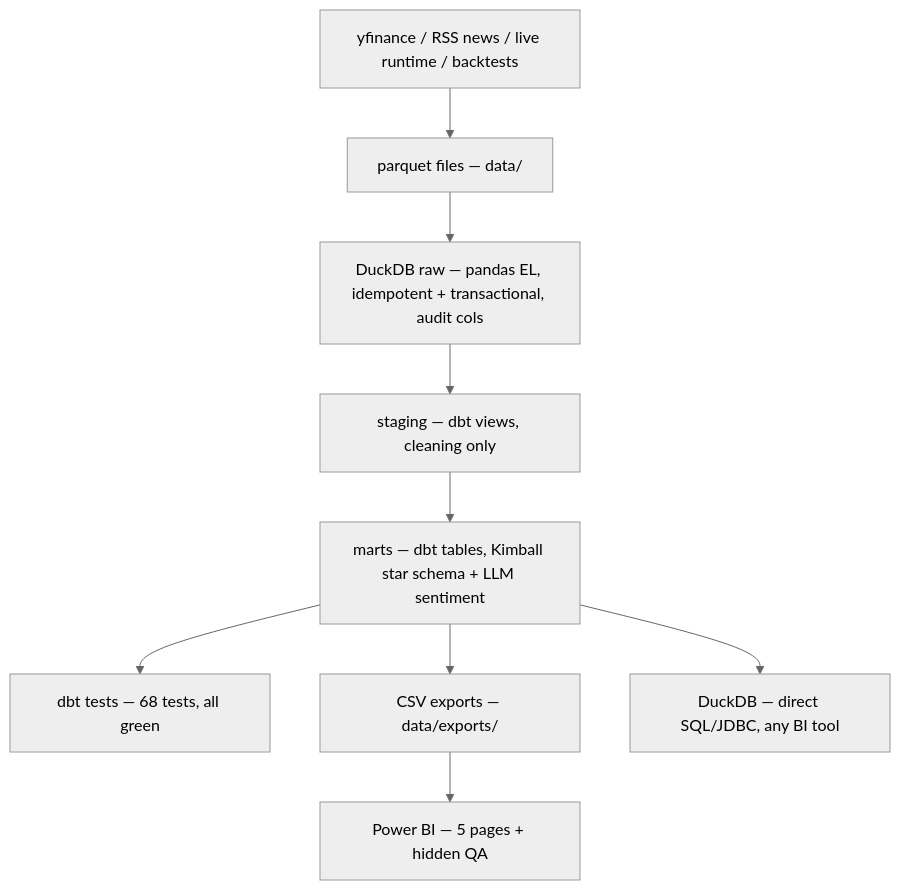
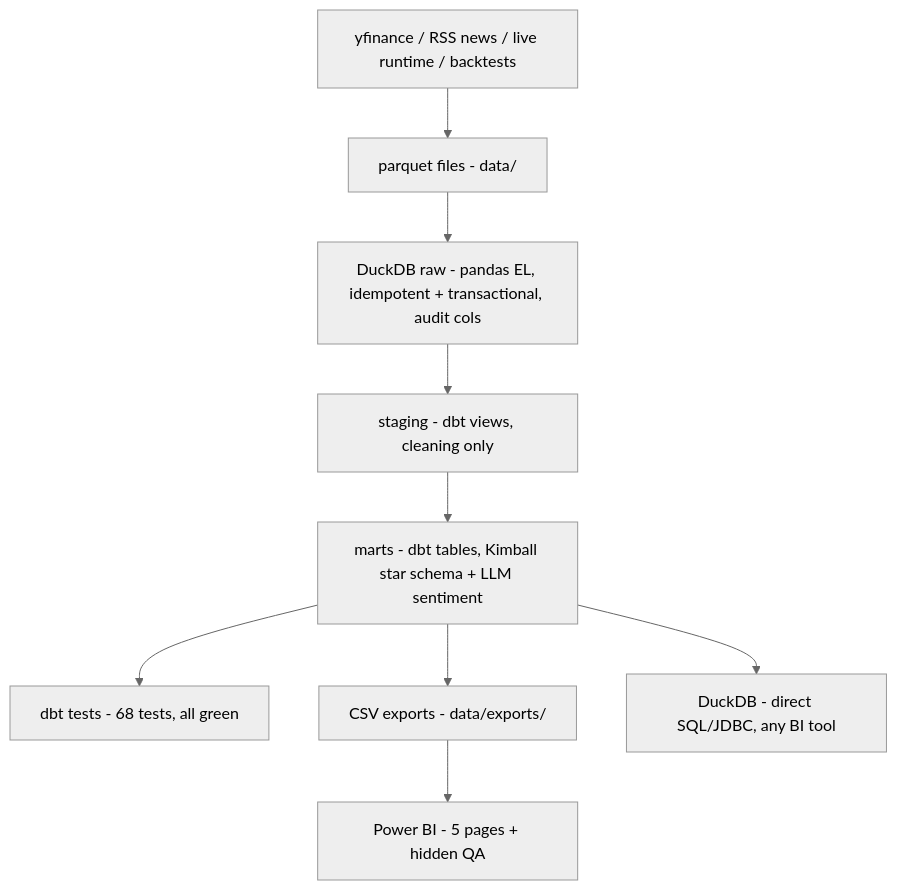
Before and after one commit to C0k11/stock-share-Helper: the sixth of 6 diagrams in README.md, drawn with Mermaid (neutral theme). The commit also changed other lines of this file and 2 other files, not shown here.

````diff
--- a/README.md
+++ b/README.md
@@ -253,11 +253,11 @@
 ```mermaid
 flowchart TB
-    SRC["yfinance / RSS news / live runtime / backtests"] --> PQ["parquet files — data/"]
-    PQ --> RAW["DuckDB raw — pandas EL, idempotent + transactional, audit cols"]
-    RAW --> STG["staging — dbt views, cleaning only"]
-    STG --> MRT["marts — dbt tables, Kimball star schema + LLM sentiment"]
-    MRT --> TST["dbt tests — 68 tests, all green"]
-    MRT --> CSV["CSV exports — data/exports/"]
-    MRT --> JDBC["DuckDB — direct SQL/JDBC, any BI tool"]
-    CSV --> PBI["Power BI — 5 pages + hidden QA"]
+    SRC["yfinance / RSS news / live runtime / backtests"] --> PQ["parquet files - data/"]
+    PQ --> RAW["DuckDB raw - pandas EL, idempotent + transactional, audit cols"]
+    RAW --> STG["staging - dbt views, cleaning only"]
+    STG --> MRT["marts - dbt tables, Kimball star schema + LLM sentiment"]
+    MRT --> TST["dbt tests - 68 tests, all green"]
+    MRT --> CSV["CSV exports - data/exports/"]
+    MRT --> JDBC["DuckDB - direct SQL/JDBC, any BI tool"]
+    CSV --> PBI["Power BI - 5 pages + hidden QA"]
 ```
````
